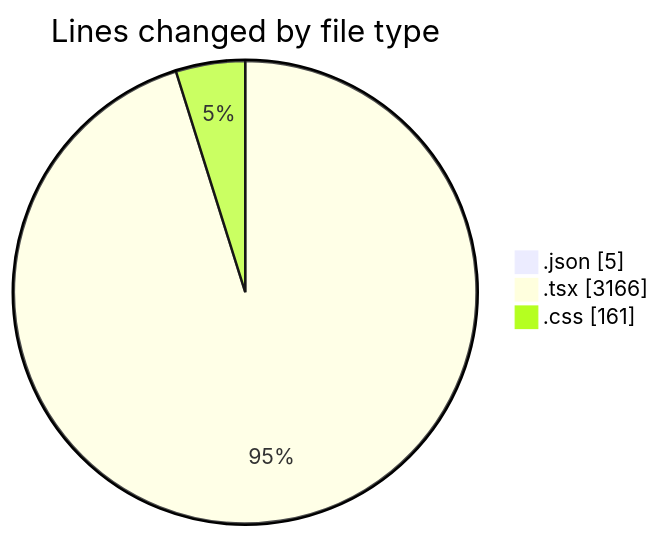
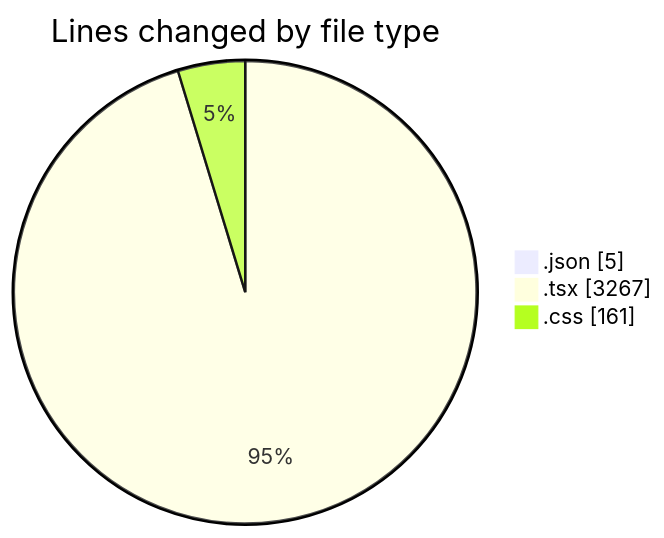
The first of 2 diagrams in 2025-05-29/advertise/README.md (Elitesun/code-tracking), drawn with Mermaid before and after one commit. The commit also changed other lines of this file and 1 other file, not shown here.

````diff
--- a/2025-05-29/advertise/README.md
+++ b/2025-05-29/advertise/README.md
@@ -29,7 +30,7 @@
 ```mermaid
 pie showData
 title Lines changed by file type
 ".json" : 5
-".tsx" : 3166
+".tsx" : 3267
 ".css" : 161
 ```
````
